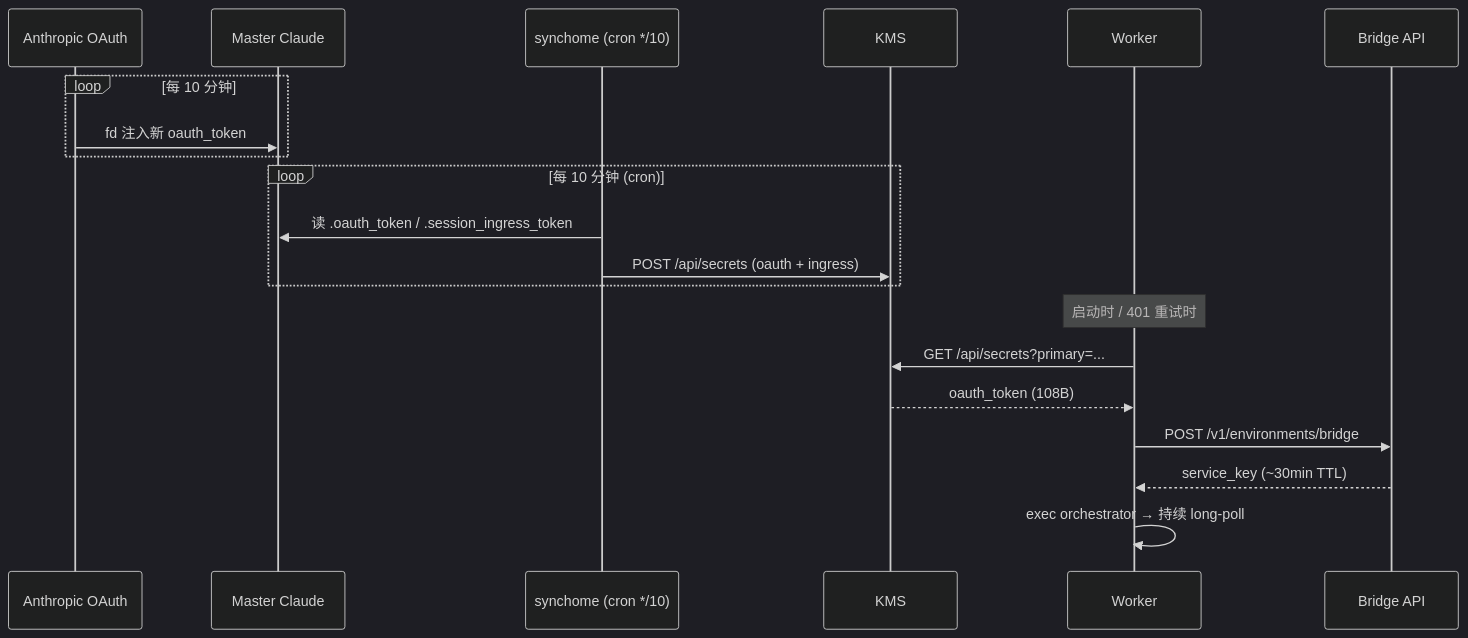
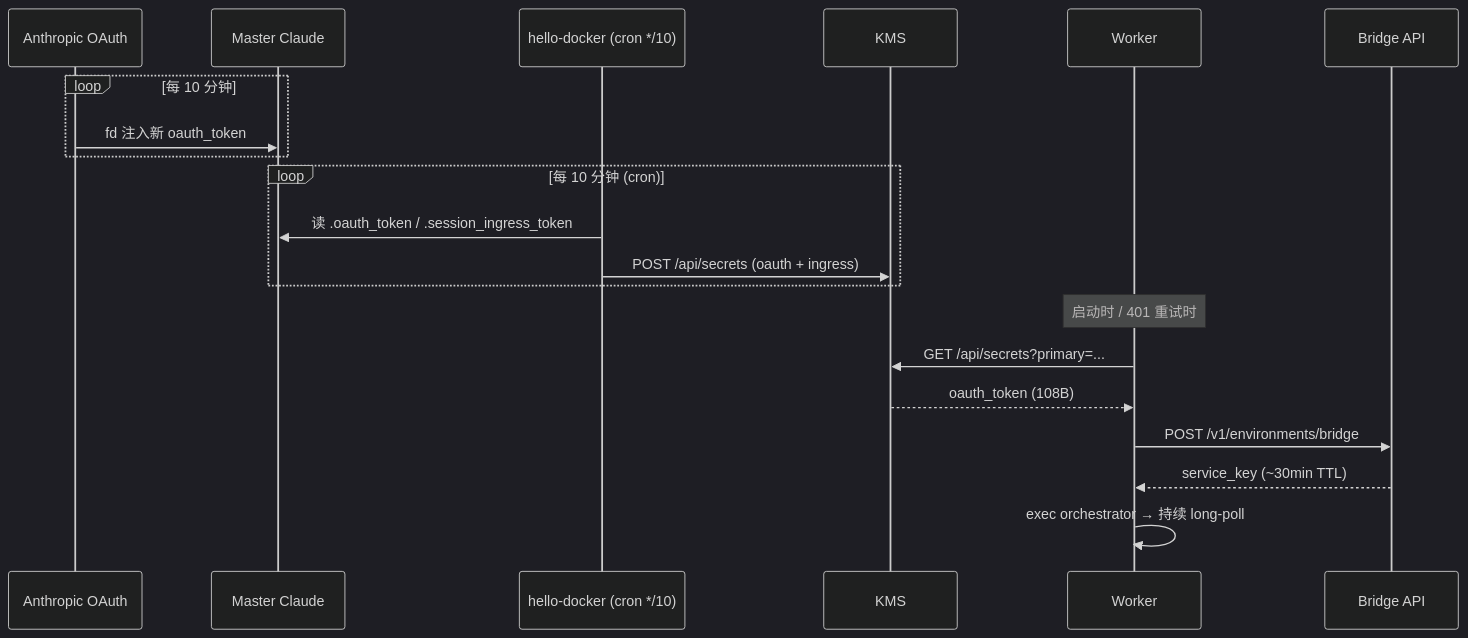
One commit to ziren28/mybox29 changed the second of 3 diagrams in README.md. Above: the diagram before and after it, drawn with Mermaid (dark theme). The commit also changed other lines of this file, not shown here.

First line of the commit message:
docs: 更新 README — chat-api 1.1.0 / Dashboard / 无状态 / hello-docker / 端口 7860

````diff
--- a/README.md
+++ b/README.md
@@ -77,25 +77,25 @@
 ```mermaid
 sequenceDiagram
     participant A as Anthropic OAuth
     participant M as Master Claude
-    participant S as synchome (cron */10)
+    participant S as hello-docker (cron */10)
     participant K as KMS
     participant W as Worker
     participant B as Bridge API
 
     loop 每 10 分钟
         A->>M: fd 注入新 oauth_token
     end
 
     loop 每 10 分钟 (cron)
         S->>M: 读 .oauth_token / .session_ingress_token
         S->>K: POST /api/secrets (oauth + ingress)
     end
 
     Note over W: 启动时 / 401 重试时
     W->>K: GET /api/secrets?primary=...
     K-->>W: oauth_token (108B)
     W->>B: POST /v1/environments/bridge
     B-->>W: service_key (~30min TTL)
     W->>W: exec orchestrator → 持续 long-poll
 ```
````
